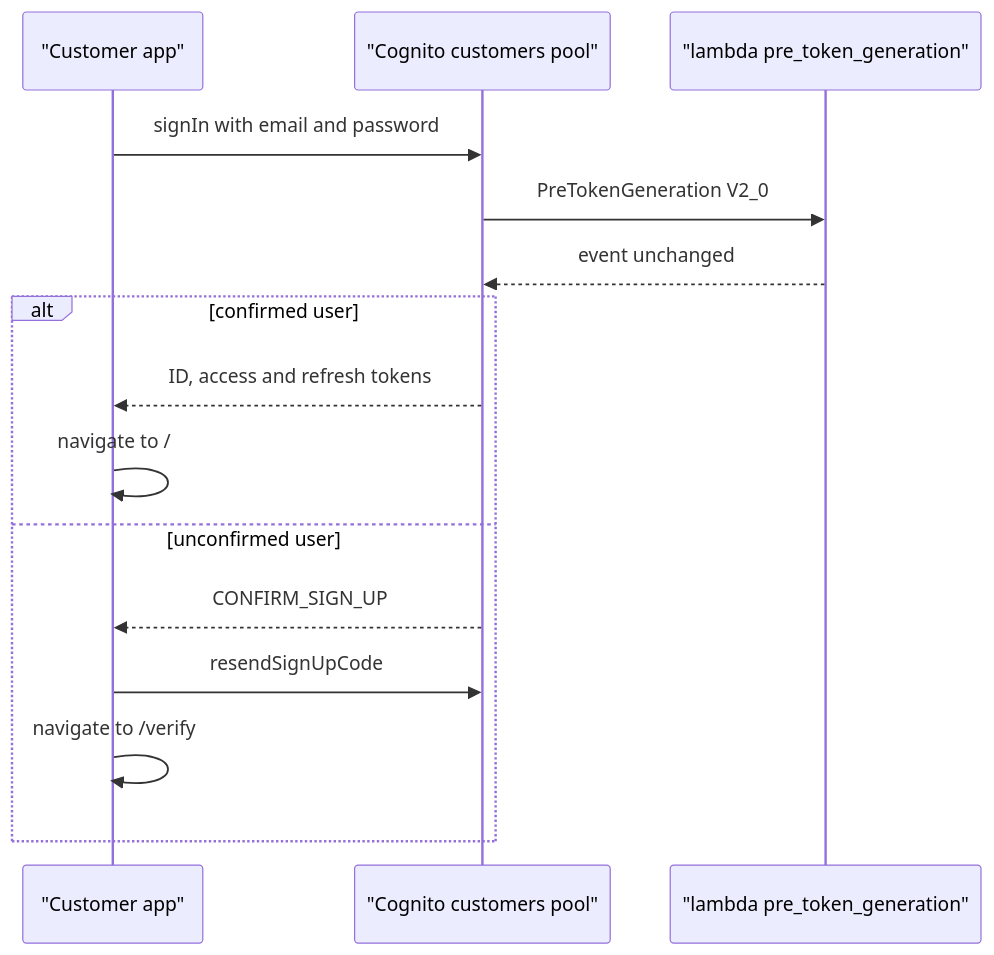
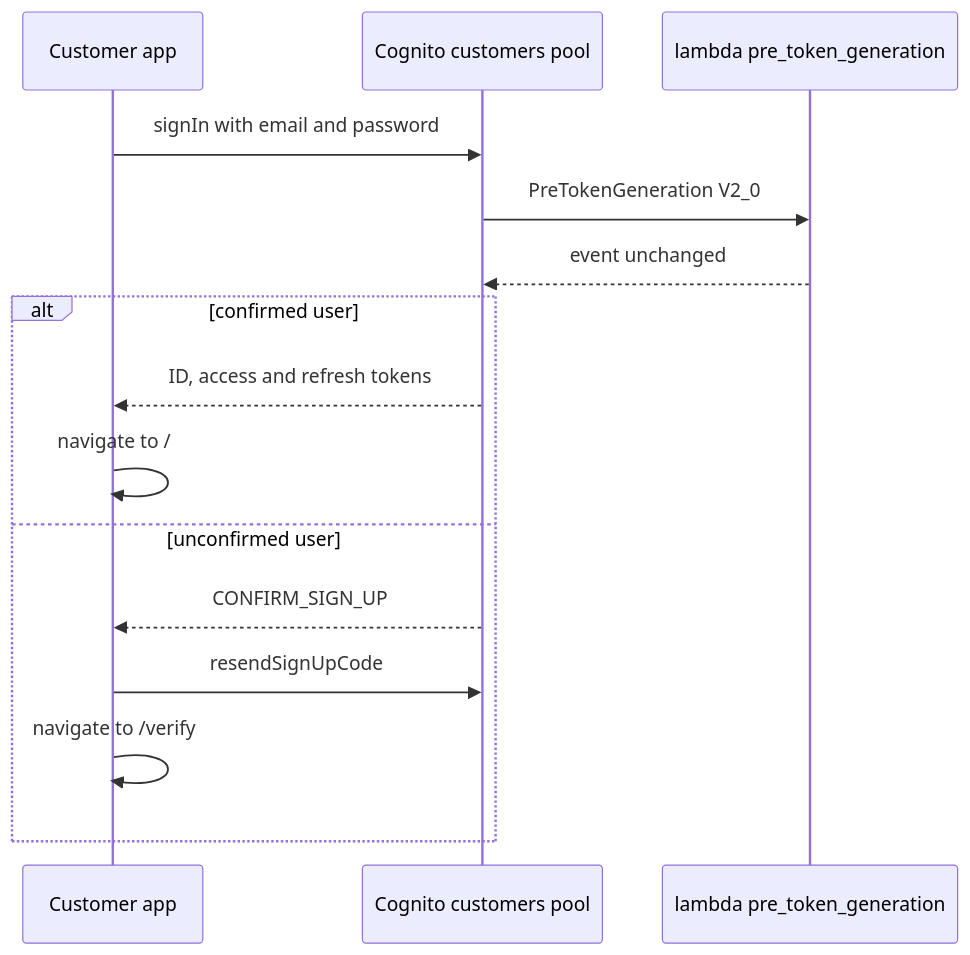
The fourth of 7 diagrams in docs/modules/identity/flows.md (Team-ACGS/factored-hackathon-2026-acgs), drawn with Mermaid before and after one commit. The commit also changed other lines of this file and 6 other files, not shown here.

Commit message:
docs(assistant,cases,data,identity,messaging): reviewer findings on flows and readme, round 2

````diff
--- a/docs/modules/identity/flows.md
+++ b/docs/modules/identity/flows.md
@@ -120,18 +120,18 @@
 ```mermaid
 sequenceDiagram
-    participant App as "Customer app"
-    participant Cog as "Cognito customers pool"
-    participant PT as "lambda pre_token_generation"
+    participant App as Customer app
+    participant Cog as Cognito customers pool
+    participant PT as lambda pre_token_generation
 
     App->>Cog: signIn with email and password
     Cog->>PT: PreTokenGeneration V2_0
     PT-->>Cog: event unchanged
     alt confirmed user
         Cog-->>App: ID, access and refresh tokens
         App->>App: navigate to /
     else unconfirmed user
         Cog-->>App: CONFIRM_SIGN_UP
         App->>Cog: resendSignUpCode
         App->>App: navigate to /verify
     end
 ```
````
